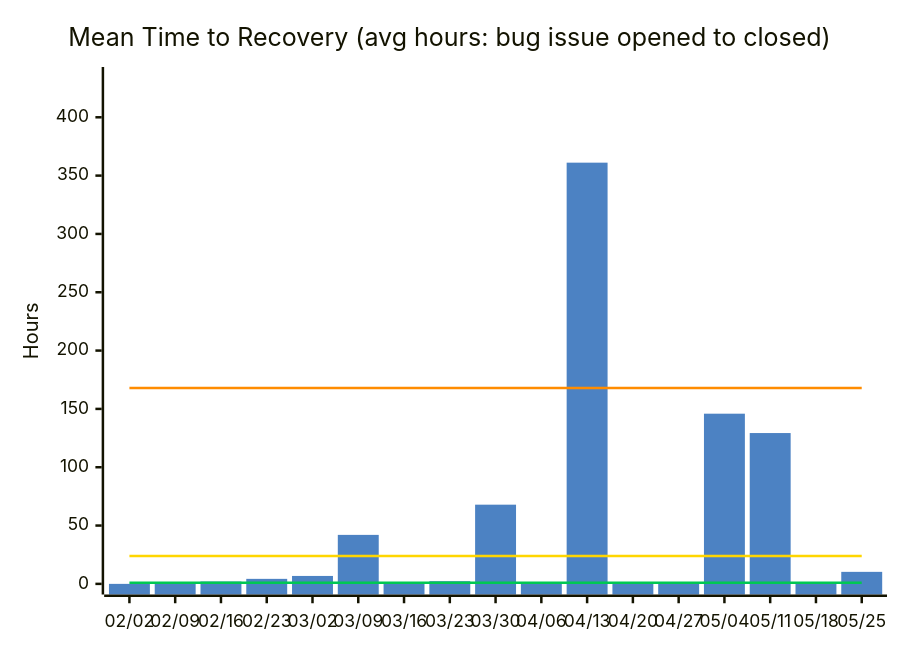
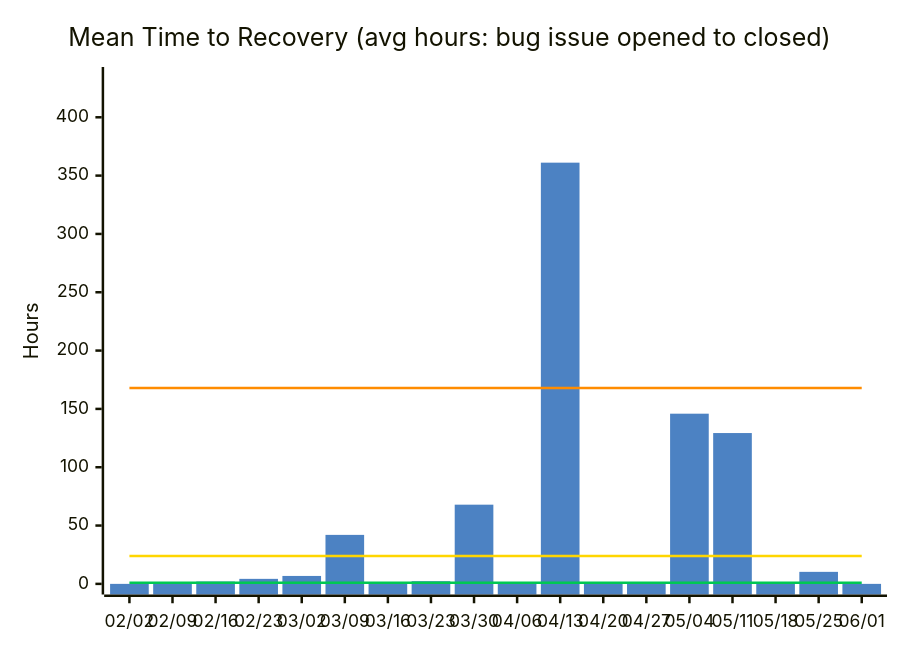
The fourth of 14 diagrams in docs/metrics.md (nablarch/nabledge-dev), drawn with Mermaid before and after one commit. The commit also changed other lines of this file and 2 other files, not shown here.

````diff
--- a/docs/metrics.md
+++ b/docs/metrics.md
@@ -73,11 +73,11 @@
 ```mermaid
 %%{init: {'theme': 'base', 'themeVariables': {'xyChart': {'plotColorPalette': '#4C82C3,#00C853,#FFD600,#FF8C00'}}}}%%
 xychart-beta
   title "Mean Time to Recovery (avg hours: bug issue opened to closed)"
-  x-axis ["02/02", "02/09", "02/16", "02/23", "03/02", "03/09", "03/16", "03/23", "03/30", "04/06", "04/13", "04/20", "04/27", "05/04", "05/11", "05/18", "05/25"]
+  x-axis ["02/02", "02/09", "02/16", "02/23", "03/02", "03/09", "03/16", "03/23", "03/30", "04/06", "04/13", "04/20", "04/27", "05/04", "05/11", "05/18", "05/25", "06/01"]
   y-axis "Hours" 0 --> 434
-  bar [0, 0, 2, 4.3, 6.8, 42, 0, 2.3, 67.9, 0, 361.1, 0, 0, 145.9, 129.3, 0, 10.3]
-  line [1, 1, 1, 1, 1, 1, 1, 1, 1, 1, 1, 1, 1, 1, 1, 1, 1]
-  line [24, 24, 24, 24, 24, 24, 24, 24, 24, 24, 24, 24, 24, 24, 24, 24, 24]
-  line [168, 168, 168, 168, 168, 168, 168, 168, 168, 168, 168, 168, 168, 168, 168, 168, 168]
+  bar [0, 0, 2, 4.3, 6.8, 42, 0, 2.3, 67.9, 0, 361.1, 0, 0, 145.9, 129.3, 0, 10.3, 0]
+  line [1, 1, 1, 1, 1, 1, 1, 1, 1, 1, 1, 1, 1, 1, 1, 1, 1, 1]
+  line [24, 24, 24, 24, 24, 24, 24, 24, 24, 24, 24, 24, 24, 24, 24, 24, 24, 24]
+  line [168, 168, 168, 168, 168, 168, 168, 168, 168, 168, 168, 168, 168, 168, 168, 168, 168, 168]
 ```
````
